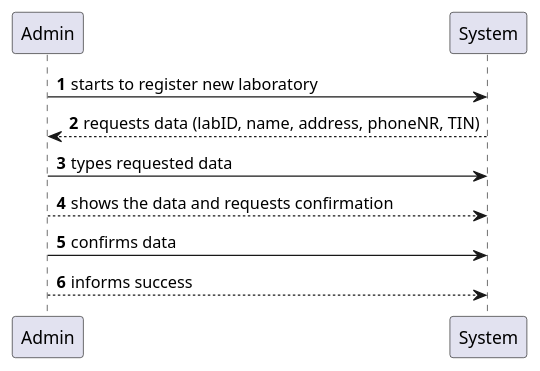
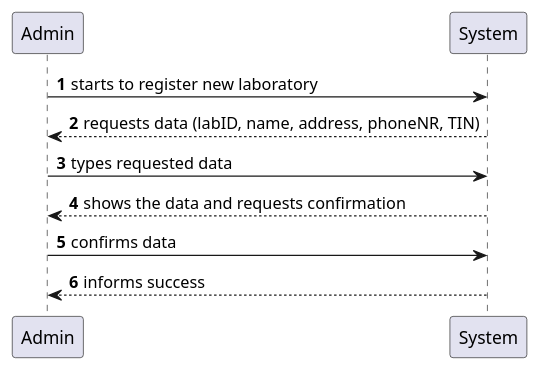
Before and after one commit to jsmarques98/LAPR2-ISEP: the diagram in docs/SprintB/US8/US8_SSD.puml, drawn with PlantUML. The commit also changed 1 other file, not shown here.

```diff
--- a/docs/SprintB/US8/US8_SSD.puml
+++ b/docs/SprintB/US8/US8_SSD.puml
@@ -1,14 +1,14 @@
 @startuml
 'https://plantuml.com/sequence-diagram
 
 autonumber
 
 Admin -> System: starts to register new laboratory
 System --> Admin: requests data (labID, name, address, phoneNR, TIN)
 
 Admin -> System: types requested data
-System <-- Admin: shows the data and requests confirmation
+System --> Admin: shows the data and requests confirmation
 
 Admin -> System: confirms data
-System <-- Admin: informs success
+System --> Admin: informs success
 @enduml
```
